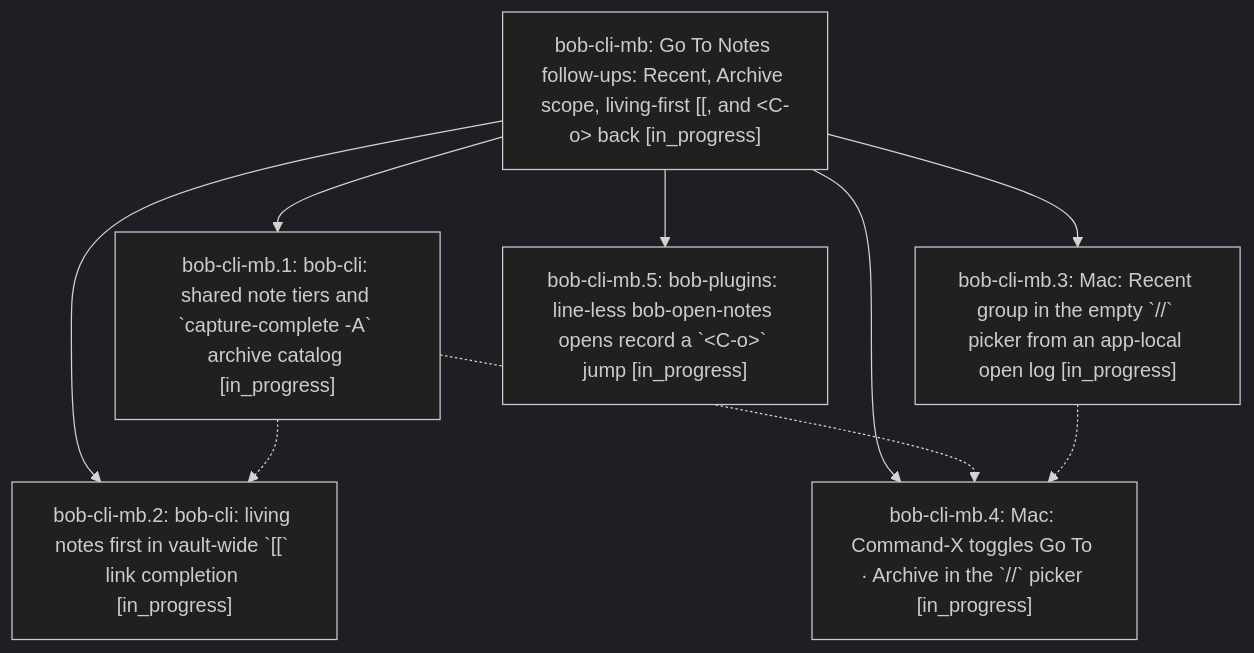
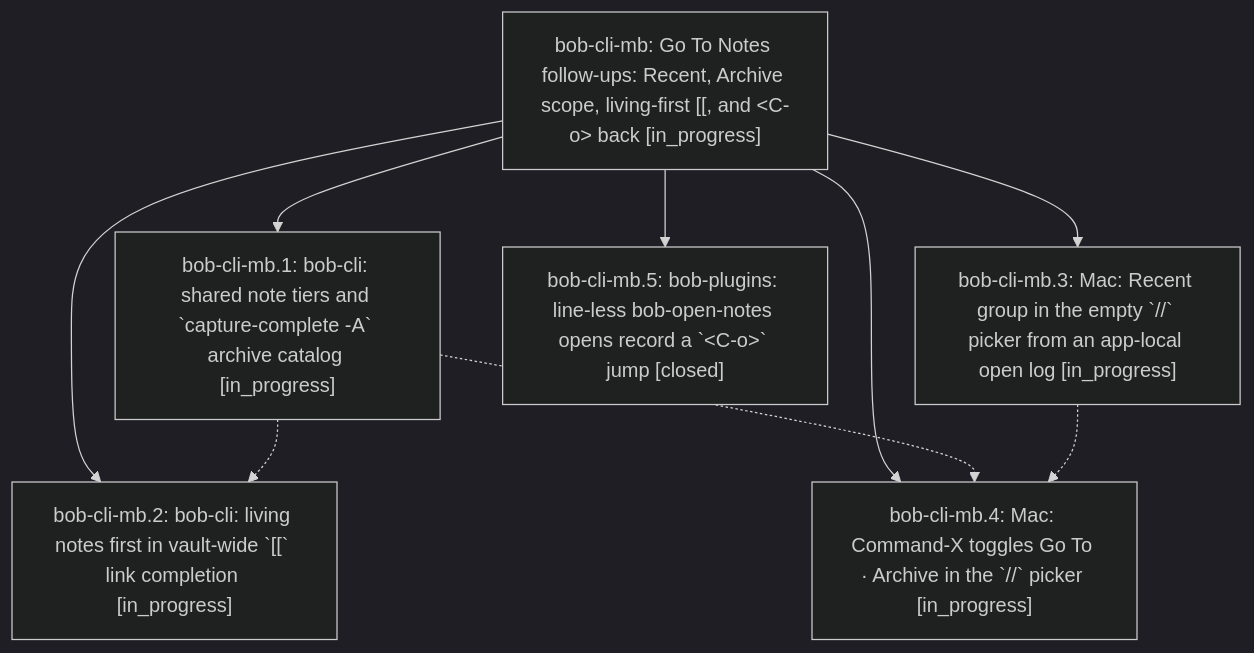
The diagram in pages/bob-cli-mb/README.md (bobs-org/bob-cli--beads), drawn with Mermaid (dark theme) before and after one commit. The commit also changed other lines of this file and 2 other files, not shown here.

First line of the commit message:
chore(beads): sync bead state and pages for bob-cli-mb

````diff
--- a/pages/bob-cli-mb/README.md
+++ b/pages/bob-cli-mb/README.md
@@ -38,17 +38,17 @@
 ```mermaid
 flowchart TD
     n0["bob-cli-mb: Go To Notes follow-ups: Recent, Archive scope, living-first [[, and &lt;C-o&gt; back [in_progress]"]
     n1["bob-cli-mb.1: bob-cli: shared note tiers and `capture-complete -A` archive catalog [in_progress]"]
     n2["bob-cli-mb.2: bob-cli: living notes first in vault-wide `[[` link completion [in_progress]"]
     n3["bob-cli-mb.3: Mac: Recent group in the empty `//` picker from an app-local open log [in_progress]"]
     n4["bob-cli-mb.4: Mac: Command-X toggles Go To · Archive in the `//` picker [in_progress]"]
-    n5["bob-cli-mb.5: bob-plugins: line-less bob-open-notes opens record a `&lt;C-o&gt;` jump [in_progress]"]
+    n5["bob-cli-mb.5: bob-plugins: line-less bob-open-notes opens record a `&lt;C-o&gt;` jump [closed]"]
     n0 --> n1
     n0 --> n2
     n0 --> n3
     n0 --> n4
     n0 --> n5
     n1 -.-> n2
     n1 -.-> n4
     n3 -.-> n4
 ```
````
